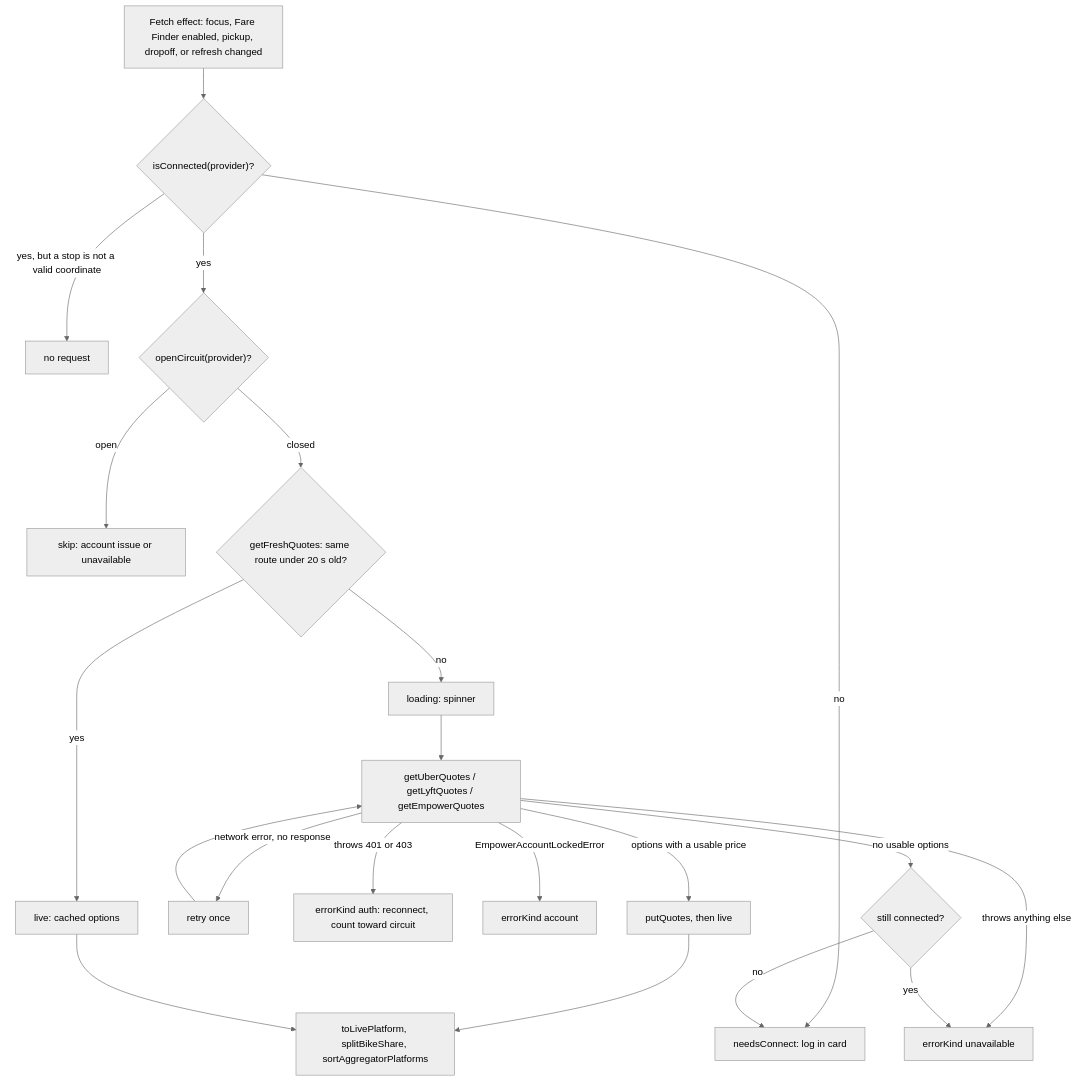
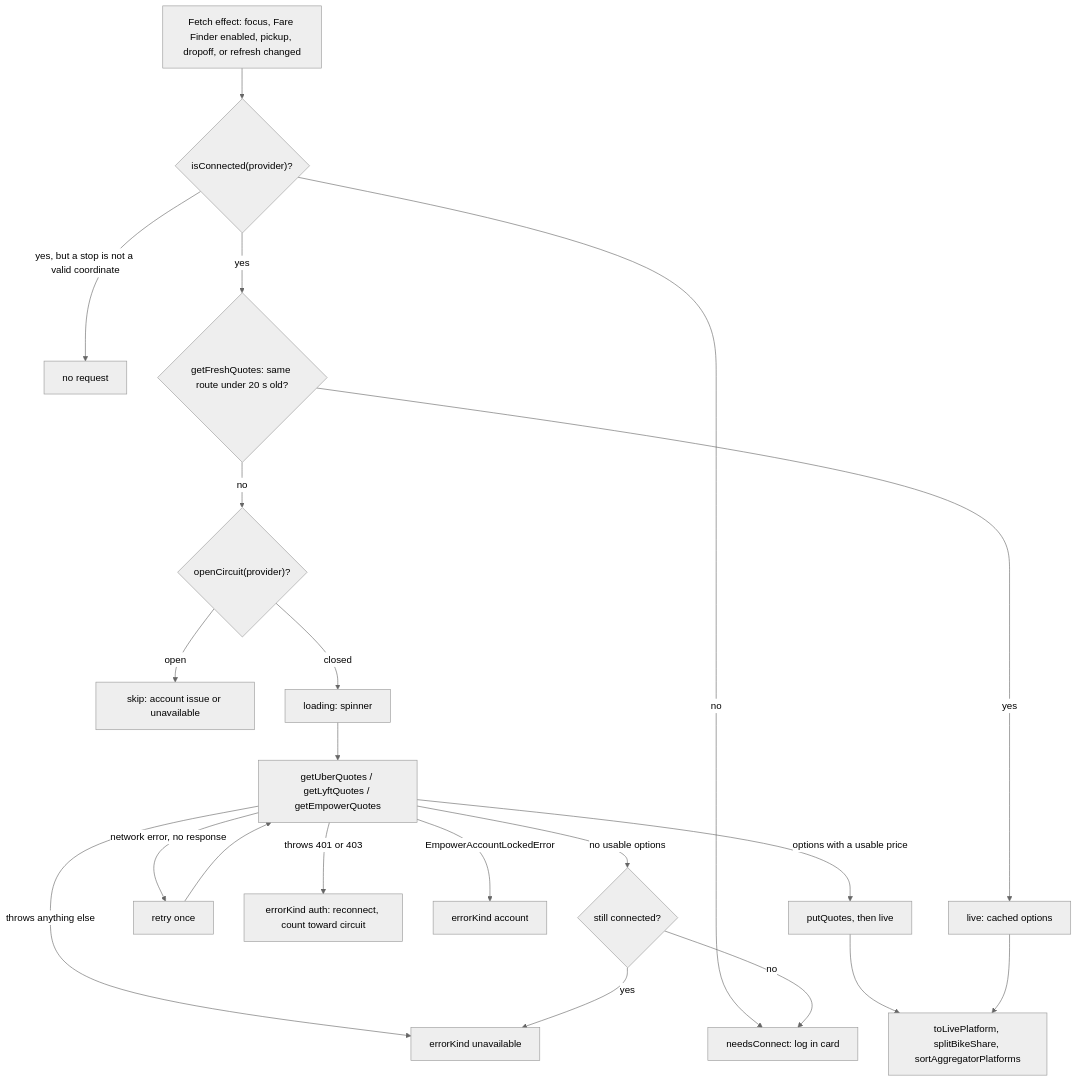
Before and after one commit to rideyelo/docs: the diagram in engineering/mobile/rideshare-aggregator.mdx, drawn with Mermaid (neutral theme). The commit also changed other lines of this file and 1 other file, not shown here.

Commit message:
docs: correct fare finder circuit check order and analytics source lines

````diff
--- a/engineering/mobile/rideshare-aggregator.mdx
+++ b/engineering/mobile/rideshare-aggregator.mdx
@@ -50,23 +50,23 @@
 ```mermaid
 flowchart TD
   FX["Fetch effect: focus, Fare Finder enabled, pickup, dropoff, or refresh changed"] --> CONN{"isConnected(provider)?"}
   CONN -->|no| LOGIN["needsConnect: log in card"]
   CONN -->|yes, but a stop is not a valid coordinate| WAIT["no request"]
-  CONN -->|yes| CIRCUIT{"openCircuit(provider)?"}
+  CONN -->|yes| CACHE{"getFreshQuotes: same route under 20 s old?"}
+  CACHE -->|yes| LIVE["live: cached options"]
+  CACHE -->|no| CIRCUIT{"openCircuit(provider)?"}
   CIRCUIT -->|open| SKIP["skip: account issue or unavailable"]
-  CIRCUIT -->|closed| CACHE{"getFreshQuotes: same route under 20 s old?"}
-  CACHE -->|yes| LIVE["live: cached options"]
-  CACHE -->|no| LOAD["loading: spinner"]
+  CIRCUIT -->|closed| LOAD["loading: spinner"]
   LOAD --> FETCH["getUberQuotes / getLyftQuotes / getEmpowerQuotes"]
   FETCH -->|network error, no response| RETRY["retry once"]
   RETRY --> FETCH
   FETCH -->|throws 401 or 403| AUTH["errorKind auth: reconnect, count toward circuit"]
   FETCH -->|EmpowerAccountLockedError| ACCT["errorKind account"]
   FETCH -->|throws anything else| UNAV["errorKind unavailable"]
   FETCH -->|options with a usable price| PUT["putQuotes, then live"]
   FETCH -->|no usable options| RECHECK{"still connected?"}
   RECHECK -->|yes| UNAV
   RECHECK -->|no| LOGIN
   PUT --> ASSEMBLE["toLivePlatform, splitBikeShare, sortAggregatorPlatforms"]
   LIVE --> ASSEMBLE
 ```
````
